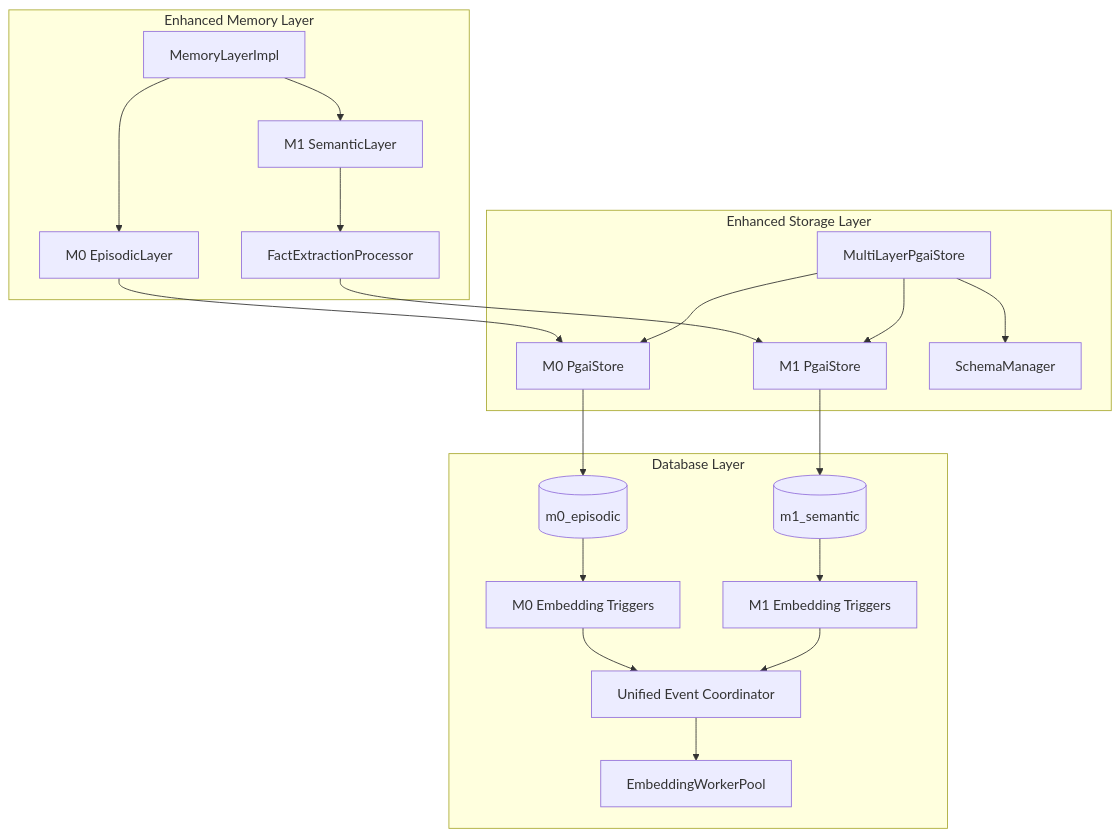
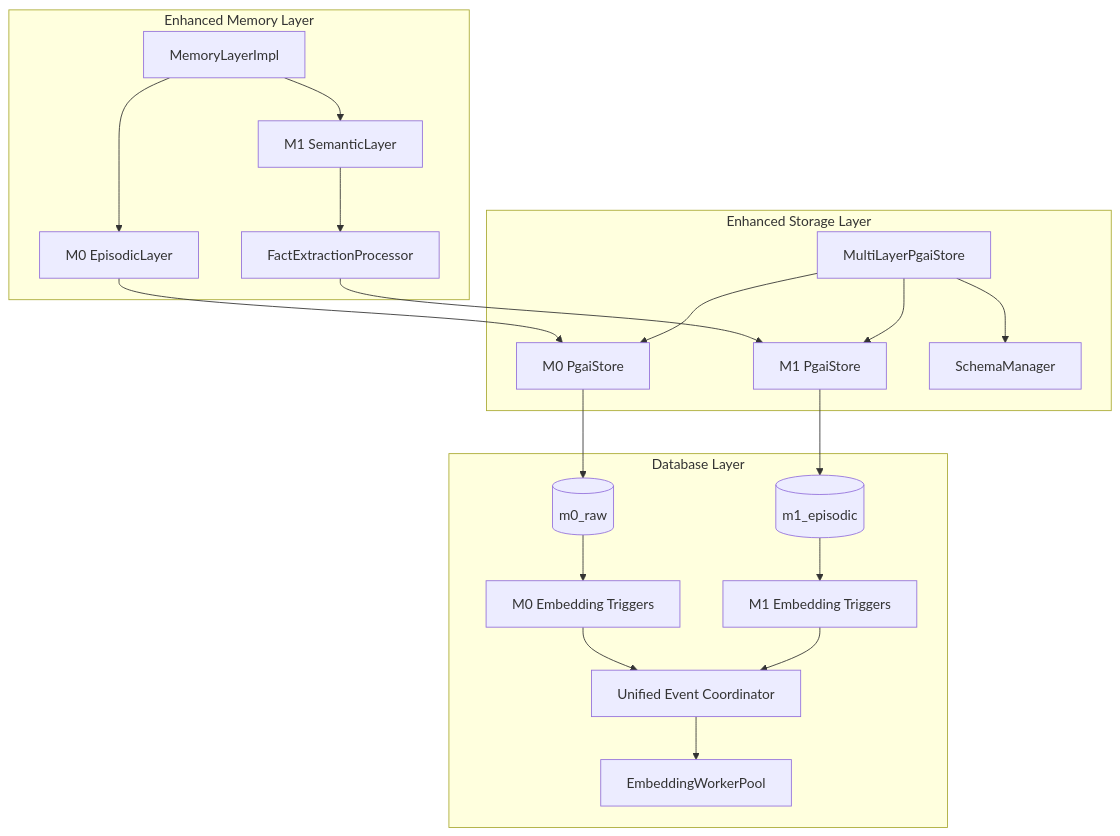
One commit to memfuse/memfuse changed the first of 3 diagrams in docs/architecture/pgai/multi_layer.md. Above: the diagram before and after it, drawn with Mermaid. The commit also changed other lines of this file and 42 other files, not shown here.

First line of the commit message:
feat(memory): implement M1 Episodic Memory and expand M0 Raw Data Layer

````diff
--- a/docs/architecture/pgai/multi_layer.md
+++ b/docs/architecture/pgai/multi_layer.md
@@ -36,29 +36,29 @@
 ```mermaid
 graph TB
     subgraph "Enhanced Memory Layer"
         A[MemoryLayerImpl] --> B[M0 EpisodicLayer]
         A --> C[M1 SemanticLayer]
         C --> D[FactExtractionProcessor]
     end
     
     subgraph "Enhanced Storage Layer"
         B --> E[M0 PgaiStore]
         D --> F[M1 PgaiStore]
         
         G[MultiLayerPgaiStore] --> E
         G --> F
         G --> H[SchemaManager]
     end
     
     subgraph "Database Layer"
-        E --> I[(m0_episodic)]
-        F --> J[(m1_semantic)]
+        E --> I[(m0_raw)]
+        F --> J[(m1_episodic)]
         
         I --> K[M0 Embedding Triggers]
         J --> L[M1 Embedding Triggers]
         
         K --> M[Unified Event Coordinator]
         L --> M
         M --> N[EmbeddingWorkerPool]
     end
 ```
````
